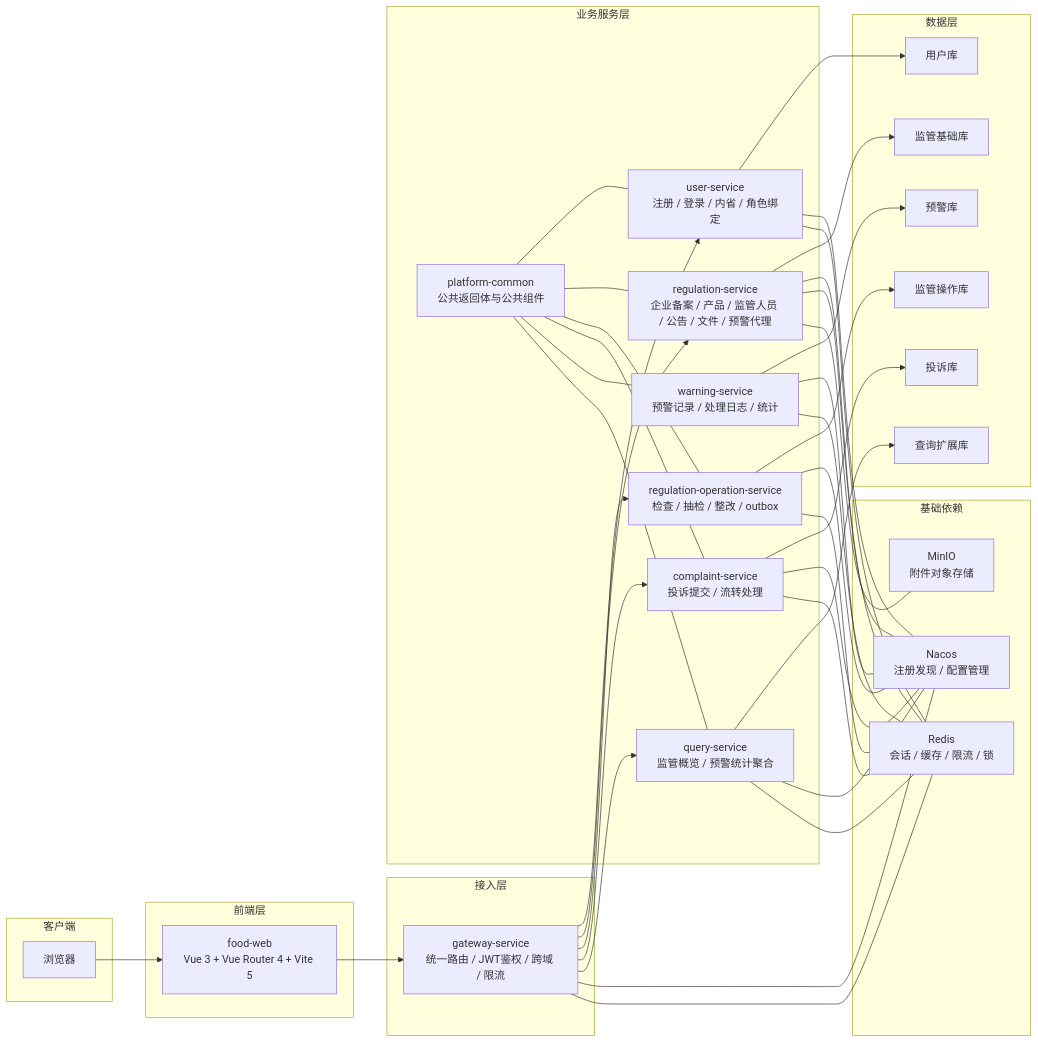
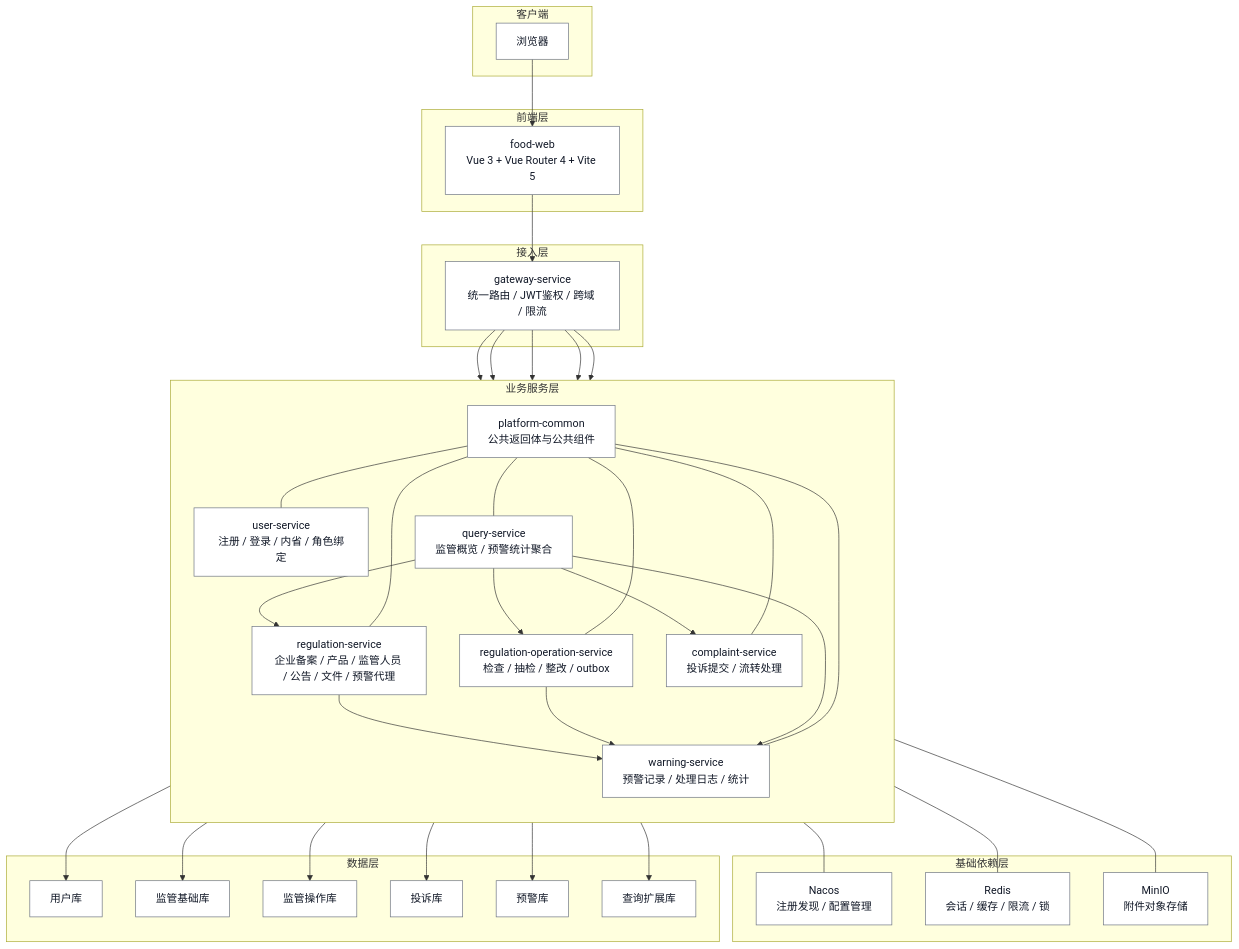
The diagram in food-safety-supervision-platform/figures/fig4-1-system-architecture.mmd (WeJCh/FoodSafetyPlatform), drawn with Mermaid before and after one commit. The commit also changed 2061 other files, not shown here.

```diff
--- a/food-safety-supervision-platform/figures/fig4-1-system-architecture.mmd
+++ b/food-safety-supervision-platform/figures/fig4-1-system-architecture.mmd
@@ -1,77 +1,90 @@
 %% 图4-1 系统总体架构图
-%% 用途：展示前端、网关、微服务、数据库及基础依赖之间的总体结构
-flowchart LR
+%% 用途：展示前端、网关、微服务、基础依赖与数据层之间的总体结构
+flowchart TB
     subgraph Client["客户端"]
         Browser["浏览器"]
     end
 
     subgraph Frontend["前端层"]
-        Web["food-web\nVue 3 + Vue Router 4 + Vite 5"]
+        Web["food-web
+Vue 3 + Vue Router 4 + Vite 5"]
     end
 
     subgraph Gateway["接入层"]
-        GW["gateway-service\n统一路由 / JWT鉴权 / 跨域 / 限流"]
+        GW["gateway-service
+统一路由 / JWT鉴权 / 跨域 / 限流"]
     end
 
     subgraph Services["业务服务层"]
-        US["user-service\n注册 / 登录 / 内省 / 角色绑定"]
-        RS["regulation-service\n企业备案 / 产品 / 监管人员 / 公告 / 文件 / 预警代理"]
-        ROS["regulation-operation-service\n检查 / 抽检 / 整改 / outbox"]
-        CS["complaint-service\n投诉提交 / 流转处理"]
-        WS["warning-service\n预警记录 / 处理日志 / 统计"]
-        QS["query-service\n监管概览 / 预警统计聚合"]
-        PC["platform-common\n公共返回体与公共组件"]
+        direction TB
+        US["user-service
+注册 / 登录 / 内省 / 角色绑定"]
+        RS["regulation-service
+企业备案 / 产品 / 监管人员 / 公告 / 文件 / 预警代理"]
+        ROS["regulation-operation-service
+检查 / 抽检 / 整改 / outbox"]
+        CS["complaint-service
+投诉提交 / 流转处理"]
+        WS["warning-service
+预警记录 / 处理日志 / 统计"]
+        QS["query-service
+监管概览 / 预警统计聚合"]
+        PC["platform-common
+公共返回体与公共组件"]
     end
 
-    subgraph Infra["基础依赖"]
-        Nacos["Nacos\n注册发现 / 配置管理"]
-        Redis["Redis\n会话 / 缓存 / 限流 / 锁"]
-        MinIO["MinIO\n附件对象存储"]
+    subgraph Infra["基础依赖层"]
+        Nacos["Nacos
+注册发现 / 配置管理"]
+        Redis["Redis
+会话 / 缓存 / 限流 / 锁"]
+        MinIO["MinIO
+附件对象存储"]
     end
 
     subgraph Data["数据层"]
         UDB["用户库"]
         RDB["监管基础库"]
         ODB["监管操作库"]
         CDB["投诉库"]
         WDB["预警库"]
         QDB["查询扩展库"]
     end
 
     Browser --> Web --> GW
+
     GW --> US
     GW --> RS
     GW --> ROS
     GW --> CS
     GW --> QS
+
+    RS --> WS
+    ROS --> WS
+    QS --> WS
+    QS --> RS
+    QS --> ROS
+    QS --> CS
 
     US --> UDB
     RS --> RDB
     ROS --> ODB
     CS --> CDB
     WS --> WDB
     QS --> QDB
 
-    US --- Nacos
-    RS --- Nacos
-    ROS --- Nacos
-    CS --- Nacos
-    WS --- Nacos
-    QS --- Nacos
-    GW --- Nacos
+    Services --- Nacos
+    Services --- Redis
+    RS --- MinIO
 
-    US --- Redis
-    RS --- Redis
-    ROS --- Redis
-    CS --- Redis
-    WS --- Redis
-    QS --- Redis
-    GW --- Redis
-
-    RS --- MinIO
     PC --- US
     PC --- RS
     PC --- ROS
     PC --- CS
     PC --- WS
     PC --- QS
+
+    classDef layer fill:#f8fafc,stroke:#7f8ea3,stroke-width:1.5px,color:#253041;
+    classDef node fill:#ffffff,stroke:#6b7280,stroke-width:1px,color:#111827;
+
+    class Browser,Web,GW,US,RS,ROS,CS,WS,QS,PC,Nacos,Redis,MinIO,UDB,RDB,ODB,CDB,WDB,QDB node;
```
